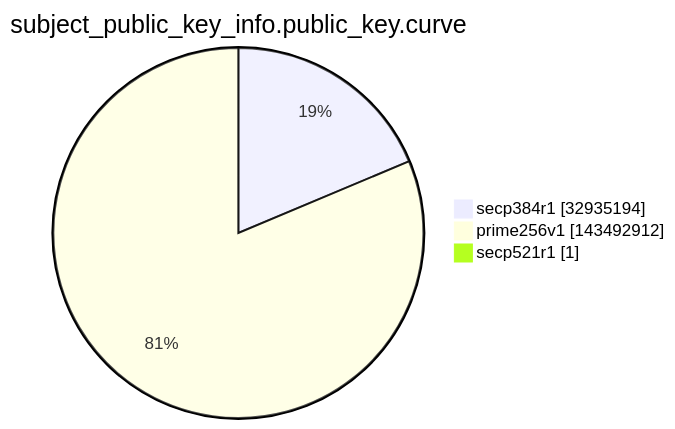
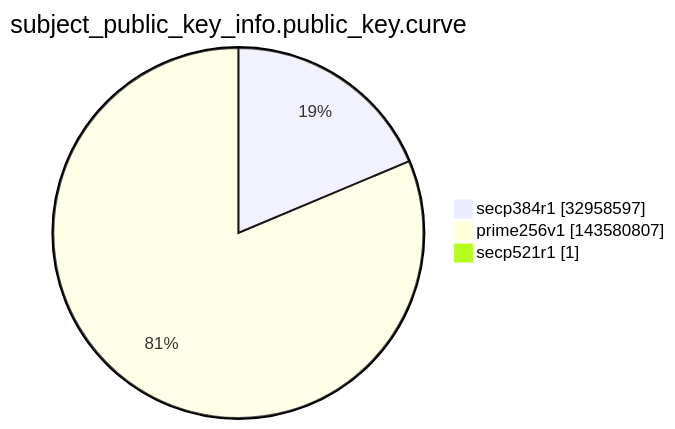
Before and after one commit to christiankrug/ctmonitor_visualization: the ninth of 15 diagrams in argon2022/README.md, drawn with Mermaid. The commit also changed other lines of this file, not shown here.

````diff
--- a/argon2022/README.md
+++ b/argon2022/README.md
@@ -2764,7 +2764,7 @@
 ```mermaid
 pie showData
 title subject_public_key_info.public_key.curve
-"secp384r1" :32935194
-"prime256v1" :143492912
+"secp384r1" :32958597
+"prime256v1" :143580807
 "secp521r1" :1
 ```
````
